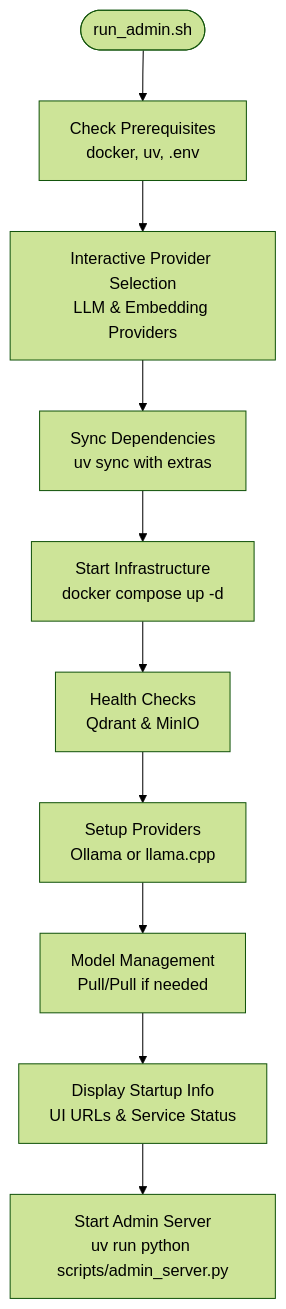
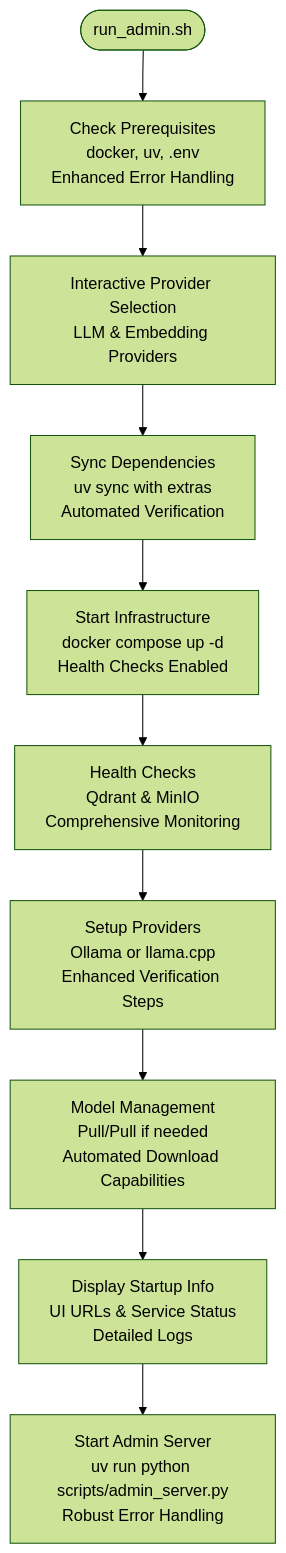
The third of 13 diagrams in .qoder/repowiki/en/content/Deployment and Operations.md (ognelis/cafetera_hr_bot), drawn with Mermaid (forest theme) before and after one commit. The commit also changed other lines of this file and 11 other files, not shown here.

````diff
--- a/.qoder/repowiki/en/content/Deployment and Operations.md
+++ b/.qoder/repowiki/en/content/Deployment and Operations.md
@@ -238,12 +238,12 @@
 ```mermaid
 flowchart TD
-Start(["run_admin.sh"]) --> PrereqCheck["Check Prerequisites<br/>docker, uv, .env"]
+Start(["run_admin.sh"]) --> PrereqCheck["Check Prerequisites<br/>docker, uv, .env<br/>Enhanced Error Handling"]
 PrereqCheck --> ProviderSelection["Interactive Provider Selection<br/>LLM & Embedding Providers"]
-ProviderSelection --> DependencySync["Sync Dependencies<br/>uv sync with extras"]
-DependencySync --> StartInfra["Start Infrastructure<br/>docker compose up -d"]
-StartInfra --> HealthChecks["Health Checks<br/>Qdrant & MinIO"]
-HealthChecks --> ProviderSetup["Setup Providers<br/>Ollama or llama.cpp"]
-ProviderSetup --> ModelManagement["Model Management<br/>Pull/Pull if needed"]
-ModelManagement --> StartupInfo["Display Startup Info<br/>UI URLs & Service Status"]
-StartupInfo --> AdminServer["Start Admin Server<br/>uv run python scripts/admin_server.py"]
+ProviderSelection --> DependencySync["Sync Dependencies<br/>uv sync with extras<br/>Automated Verification"]
+DependencySync --> StartInfra["Start Infrastructure<br/>docker compose up -d<br/>Health Checks Enabled"]
+StartInfra --> HealthChecks["Health Checks<br/>Qdrant & MinIO<br/>Comprehensive Monitoring"]
+HealthChecks --> ProviderSetup["Setup Providers<br/>Ollama or llama.cpp<br/>Enhanced Verification Steps"]
+ProviderSetup --> ModelManagement["Model Management<br/>Pull/Pull if needed<br/>Automated Download Capabilities"]
+ModelManagement --> StartupInfo["Display Startup Info<br/>UI URLs & Service Status<br/>Detailed Logs"]
+StartupInfo --> AdminServer["Start Admin Server<br/>uv run python scripts/admin_server.py<br/>Robust Error Handling"]
 ```
````
